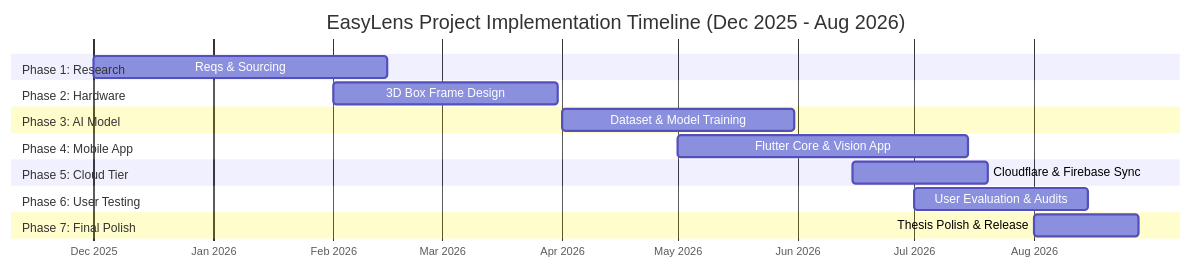
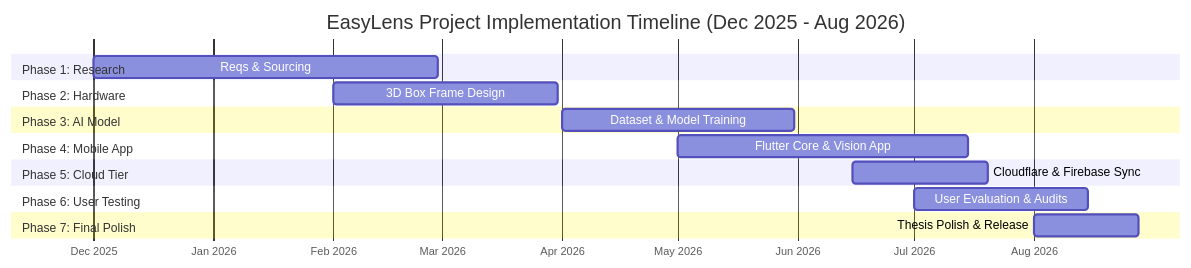
One commit to Thes-IS-IT/Easylens changed the first of 2 diagrams in docs/dfd/gantt_chart.md. Above: the diagram before and after it, drawn with Mermaid. The commit also changed other lines of this file and 4 other files, not shown here.

Commit message:
docs: update gantt chart timeline dates and correct 3D print material from PETG to PLA

````diff
--- a/docs/dfd/gantt_chart.md
+++ b/docs/dfd/gantt_chart.md
@@ -22,27 +22,27 @@
 ```mermaid
 gantt
     title EasyLens Project Implementation Timeline (Dec 2025 - Aug 2026)
     dateFormat  YYYY-MM-DD
     axisFormat  %b %Y
 
     section Phase 1: Research
-    Reqs & Sourcing            :p1, 2025-12-01, 2026-02-15
+    Reqs & Sourcing            :p1, 2025-12-01, 2026-02-28
 
     section Phase 2: Hardware
     3D Box Frame Design        :p2, 2026-02-01, 2026-03-31
 
     section Phase 3: AI Model
     Dataset & Model Training   :p3, 2026-04-01, 2026-05-31
 
     section Phase 4: Mobile App
     Flutter Core & Vision App  :p4, 2026-05-01, 2026-07-15
 
     section Phase 5: Cloud Tier
     Cloudflare & Firebase Sync :p5, 2026-06-15, 2026-07-20
 
     section Phase 6: User Testing
     User Evaluation & Audits   :p6, 2026-07-01, 2026-08-15
 
     section Phase 7: Final Polish
     Thesis Polish & Release    :p7, 2026-08-01, 2026-08-28
 ```
````
